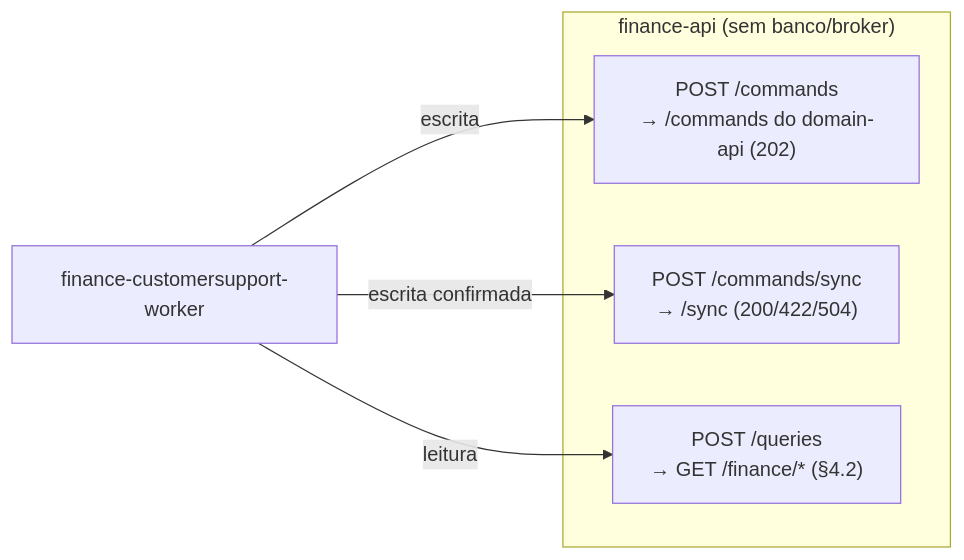
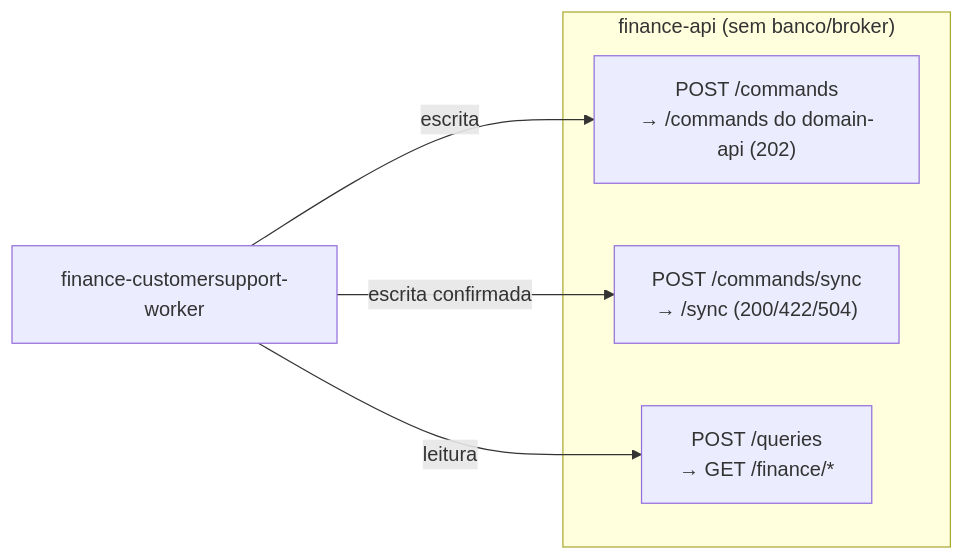
The fourth of 5 diagrams in docs/architecture.md (giomartinsdev/gio-random-projects), drawn with Mermaid before and after one commit. The commit also changed other lines of this file and 844 other files, not shown here.

````diff
--- a/docs/architecture.md
+++ b/docs/architecture.md
@@ -145,12 +174,12 @@
 ```mermaid
 flowchart LR
   W["finance-customersupport-worker"]
   subgraph ACL["finance-api (sem banco/broker)"]
     c["POST /commands<br/>→ /commands do domain-api (202)"]
     cs["POST /commands/sync<br/>→ /sync (200/422/504)"]
-    q["POST /queries<br/>→ GET /finance/* (§4.2)"]
+    q["POST /queries<br/>→ GET /finance/*"]
   end
   W -->|escrita| c
   W -->|escrita confirmada| cs
   W -->|leitura| q
 ```
````
